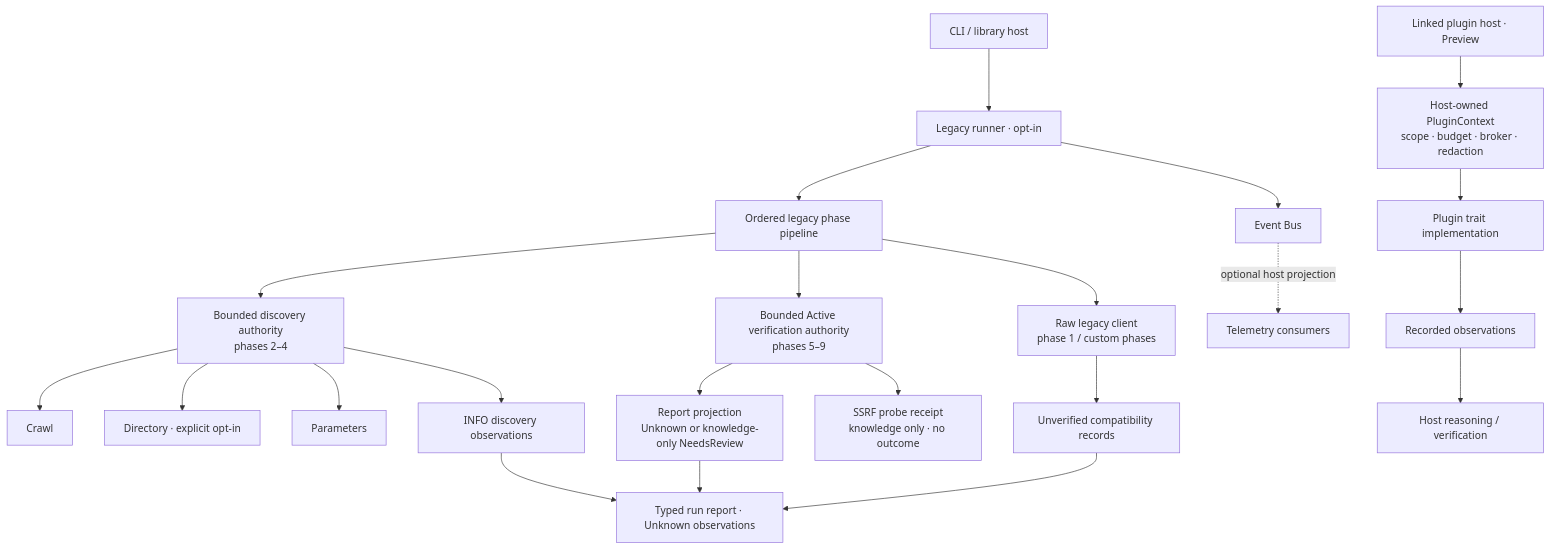
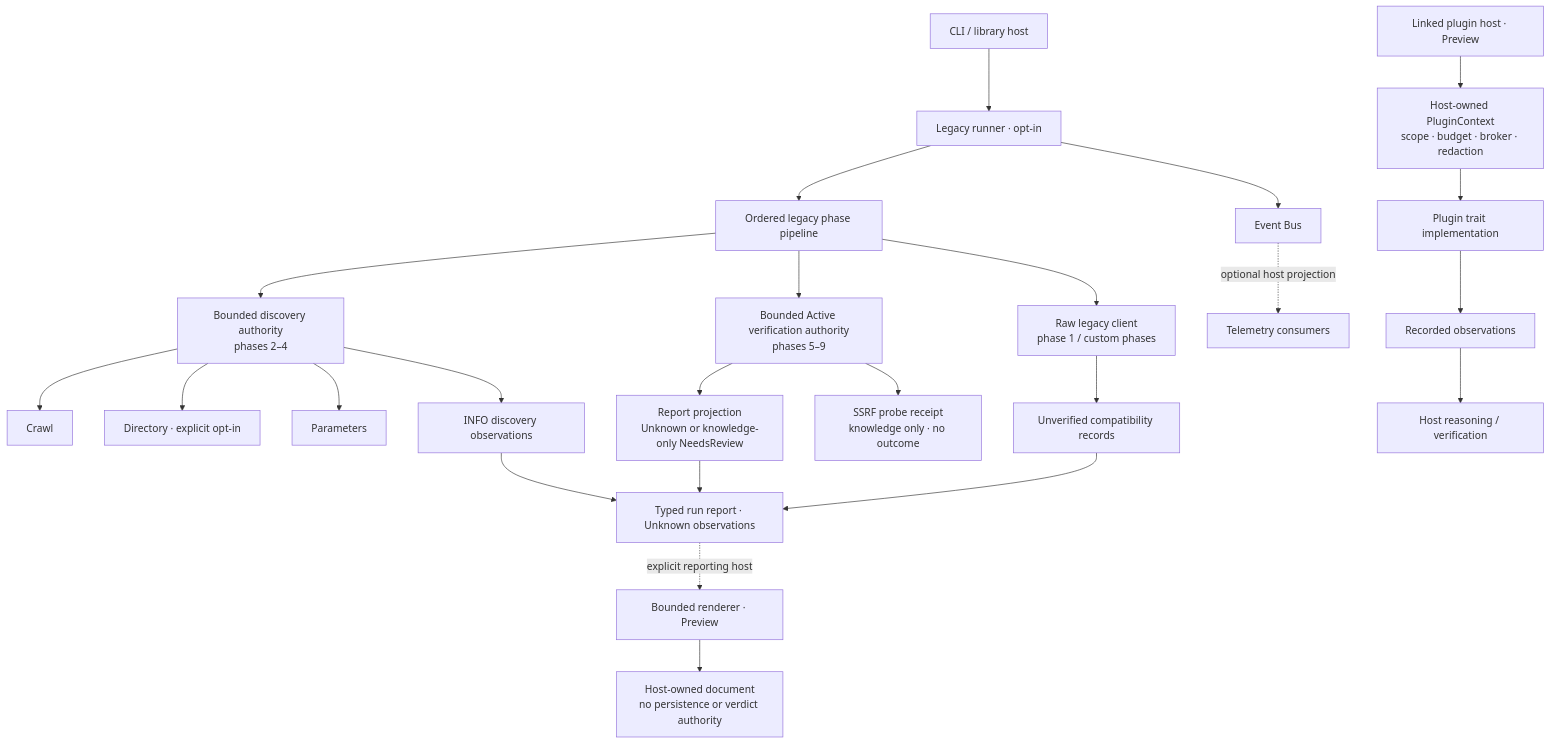
One commit to ITherso/termivar changed the second of 4 diagrams in docs/architecture.md. Above: the diagram before and after it, drawn with Mermaid. The commit also changed other lines of this file and 14 other files, not shown here.

Commit message:
refactor(reporting): render bounded run reports

````diff
--- a/docs/architecture.md
+++ b/docs/architecture.md
@@ -51,24 +52,26 @@
 ```mermaid
 flowchart TD
     Host["CLI / library host"] --> LegacyRunner["Legacy runner · opt-in"]
     LegacyRunner --> Pipeline["Ordered legacy phase pipeline"]
     Pipeline --> Discovery["Bounded discovery authority<br/>phases 2–4"]
     Discovery --> Crawl
     Discovery --> Directory["Directory · explicit opt-in"]
     Discovery --> Parameters
     Pipeline --> Verification["Bounded Active verification authority<br/>phases 5–9"]
     Pipeline --> RawLegacy["Raw legacy client<br/>phase 1 / custom phases"]
     Discovery --> DiscoveryRecords["INFO discovery observations"]
     Verification --> ReviewRecords["Report projection<br/>Unknown or knowledge-only NeedsReview"]
     Verification --> KnowledgeReceipt["SSRF probe receipt<br/>knowledge only · no outcome"]
     RawLegacy --> LegacyRecords["Unverified compatibility records"]
     DiscoveryRecords --> RunReport["Typed run report · Unknown observations"]
     ReviewRecords --> RunReport
     LegacyRecords --> RunReport
+    RunReport -. "explicit reporting host" .-> Renderer["Bounded renderer · Preview"]
+    Renderer --> Document["Host-owned document<br/>no persistence or verdict authority"]
     PluginHost["Linked plugin host · Preview"] --> PluginContext["Host-owned PluginContext<br/>scope · budget · broker · redaction"]
     PluginContext --> PluginCode["Plugin trait implementation"]
     PluginCode --> PluginEvidence["Recorded observations"]
     PluginEvidence --> HostVerification["Host reasoning / verification"]
     LegacyRunner --> Events["Event Bus"]
     Events -. "optional host projection" .-> Observers["Telemetry consumers"]
 ```
````
